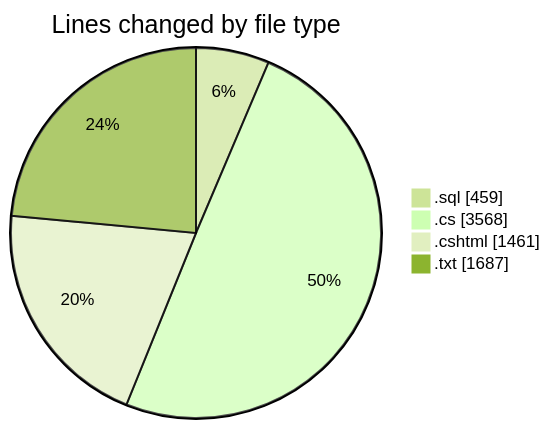
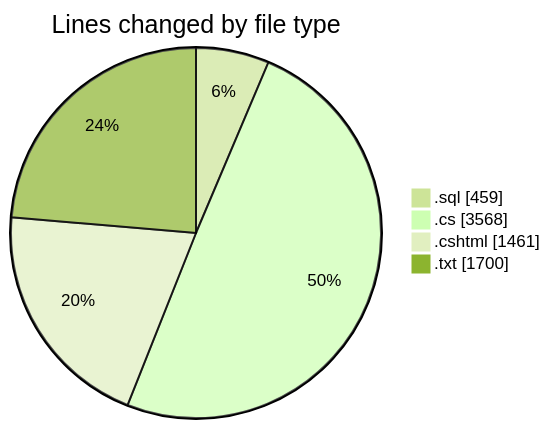
One commit to lephambinh05/code-tracking changed the first of 2 diagrams in 2025-07-23/quanlyrapchieuphim/README.md. Above: the diagram before and after it, drawn with Mermaid (forest theme). The commit also changed other lines of this file and 1 other file, not shown here.

````diff
--- a/2025-07-23/quanlyrapchieuphim/README.md
+++ b/2025-07-23/quanlyrapchieuphim/README.md
@@ -33,8 +33,8 @@
 ```mermaid
 pie showData
 title Lines changed by file type
 ".sql" : 459
 ".cs" : 3568
 ".cshtml" : 1461
-".txt" : 1687
+".txt" : 1700
 ```
````
